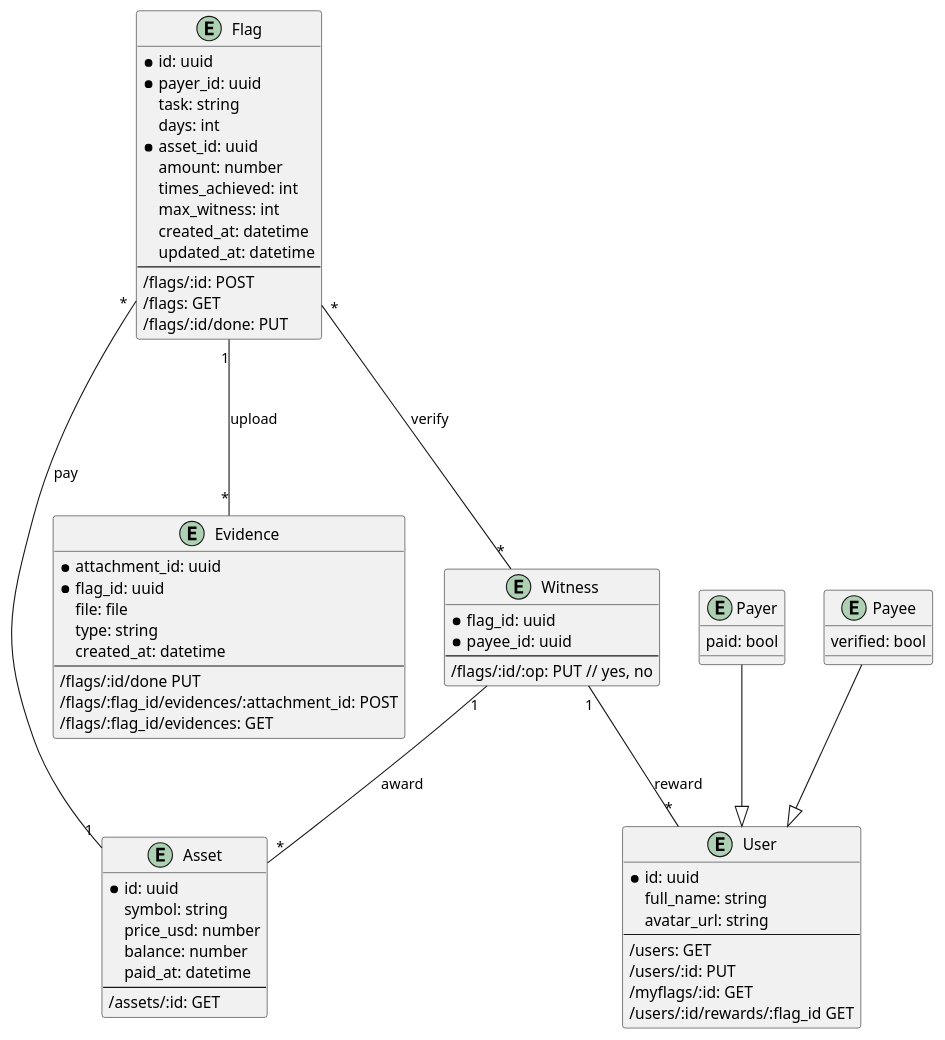
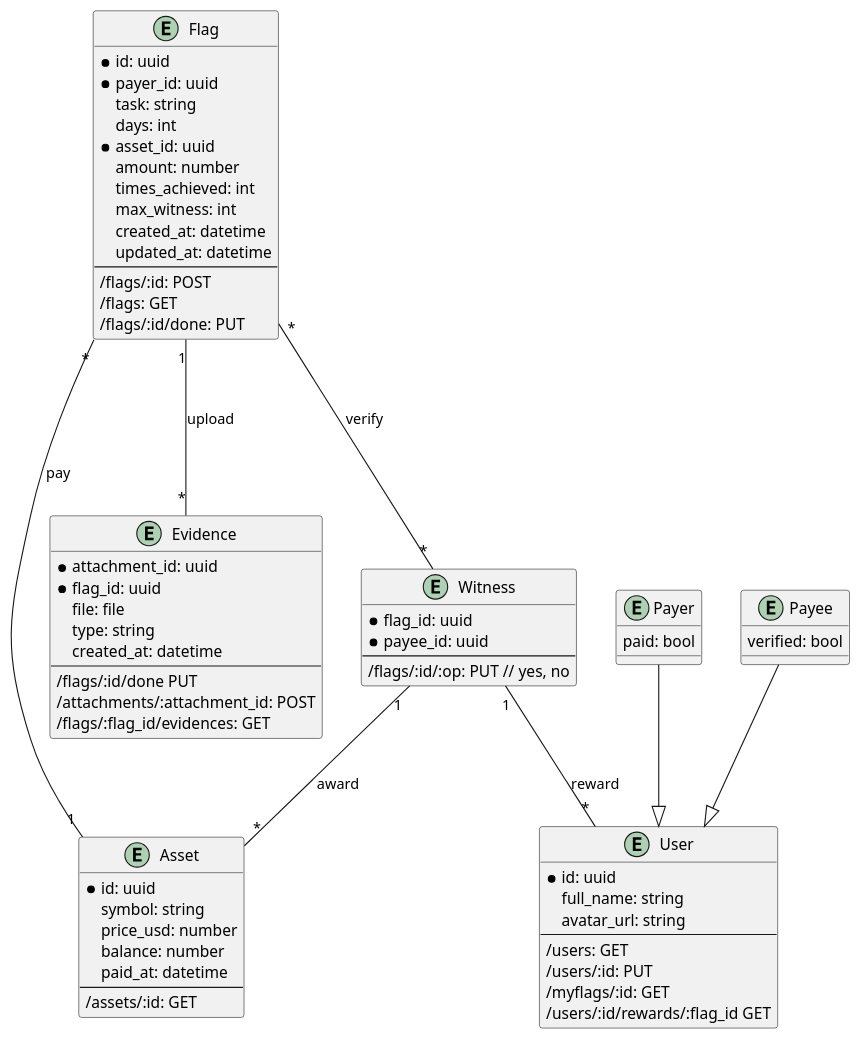
The diagram in docs/models.puml (PioneerDev/setflags), drawn with PlantUML before and after one commit.

Commit message:
API: avoid clash between flags and attachments

```diff
--- a/docs/models.puml
+++ b/docs/models.puml
@@ -1,77 +1,77 @@
 @startuml
 
 entity User {
    * id: uuid
    full_name: string
    avatar_url: string
    --
    /users: GET
    /users/:id: PUT
    /myflags/:id: GET
    /users/:id/rewards/:flag_id GET
 }
 
 entity Flag {
     * id: uuid
     * payer_id: uuid
     task: string
     days: int
     * asset_id: uuid
     amount: number
     times_achieved: int
     max_witness: int
     created_at: datetime
     updated_at: datetime
     --
     /flags/:id: POST
     /flags: GET
     /flags/:id/done: PUT
 }
 
 entity Asset {
     * id: uuid
     symbol: string
     price_usd: number
     balance: number
     paid_at: datetime
     --
     /assets/:id: GET
 }
 
 entity Evidence {
     * attachment_id: uuid
     * flag_id: uuid
     file: file
     type: string
     created_at: datetime
     --
     /flags/:id/done PUT
-    /flags/:flag_id/evidences/:attachment_id: POST
+    /attachments/:attachment_id: POST
     /flags/:flag_id/evidences: GET
 }
 
 entity Witness {
     * flag_id: uuid
     * payee_id: uuid
     --
     /flags/:id/:op: PUT // yes, no
 }
 
 entity Payer {
     paid: bool
 }
 
 entity Payee {
     verified: bool
 }
 
 Payer --|> User
 Payee --|> User
 
 Flag "1" --- "*" Evidence: upload
 Flag "*" --- "1" Asset: pay
 Flag "*" --- "*" Witness: verify
 Witness "1" -- "*" Asset: award 
 Witness "1" -- "*" User: reward 
 
 @enduml
```
